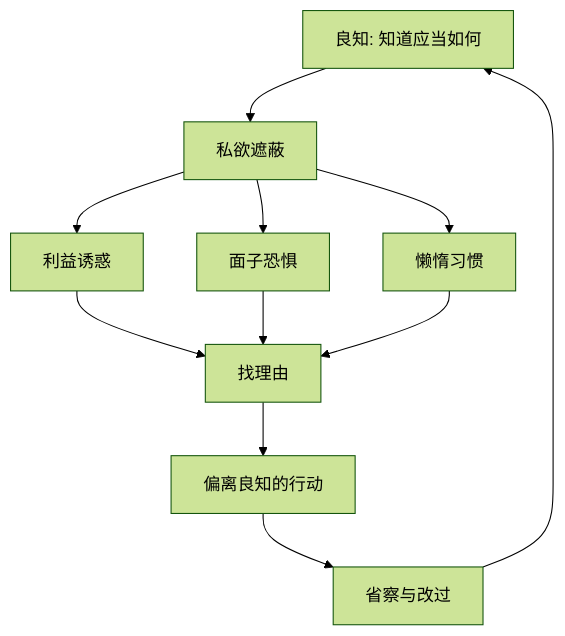
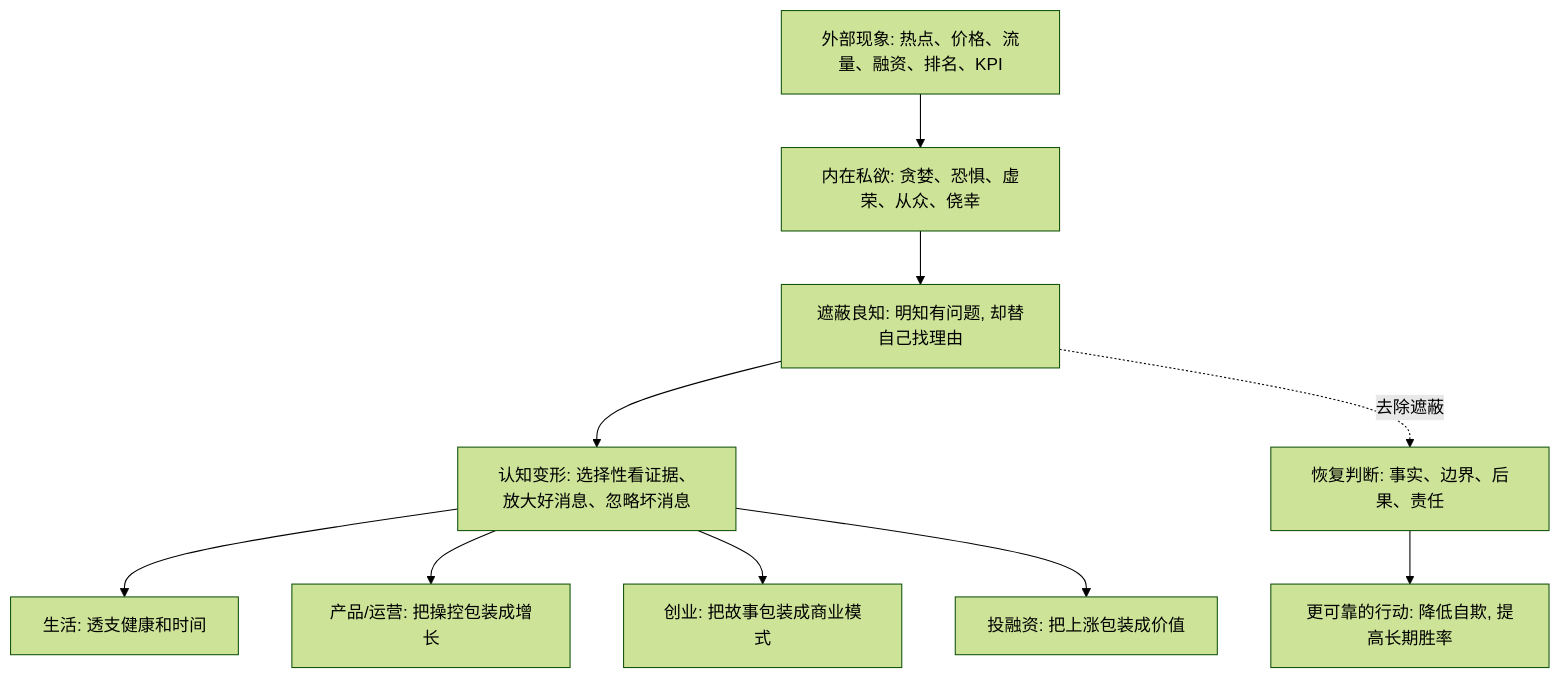
Before and after one commit to digoal/blog: the diagram in 202605/20260518_76.md, drawn with Mermaid (forest theme). The commit also changed other lines of this file and 51 other files, not shown here.

````diff
--- a/202605/20260518_76.md
+++ b/202605/20260518_76.md
@@ -22,13 +22,12 @@
 ```mermaid
 flowchart TD
-  A["良知: 知道应当如何"] --> B["私欲遮蔽"]
-  B --> C["利益诱惑"]
-  B --> D["面子恐惧"]
-  B --> E["懒惰习惯"]
-  C --> F["找理由"]
-  D --> F
-  E --> F
-  F --> G["偏离良知的行动"]
-  G --> H["省察与改过"]
-  H --> A
+  A["外部现象: 热点、价格、流量、融资、排名、KPI"] --> B["内在私欲: 贪婪、恐惧、虚荣、从众、侥幸"]
+  B --> C["遮蔽良知: 明知有问题, 却替自己找理由"]
+  C --> D["认知变形: 选择性看证据、放大好消息、忽略坏消息"]
+  D --> E["生活: 透支健康和时间"]
+  D --> F["产品/运营: 把操控包装成增长"]
+  D --> G["创业: 把故事包装成商业模式"]
+  D --> H["投融资: 把上涨包装成价值"]
+  C -. "去除遮蔽" .-> I["恢复判断: 事实、边界、后果、责任"]
+  I --> J["更可靠的行动: 降低自欺, 提高长期胜率"]
 ```
````
